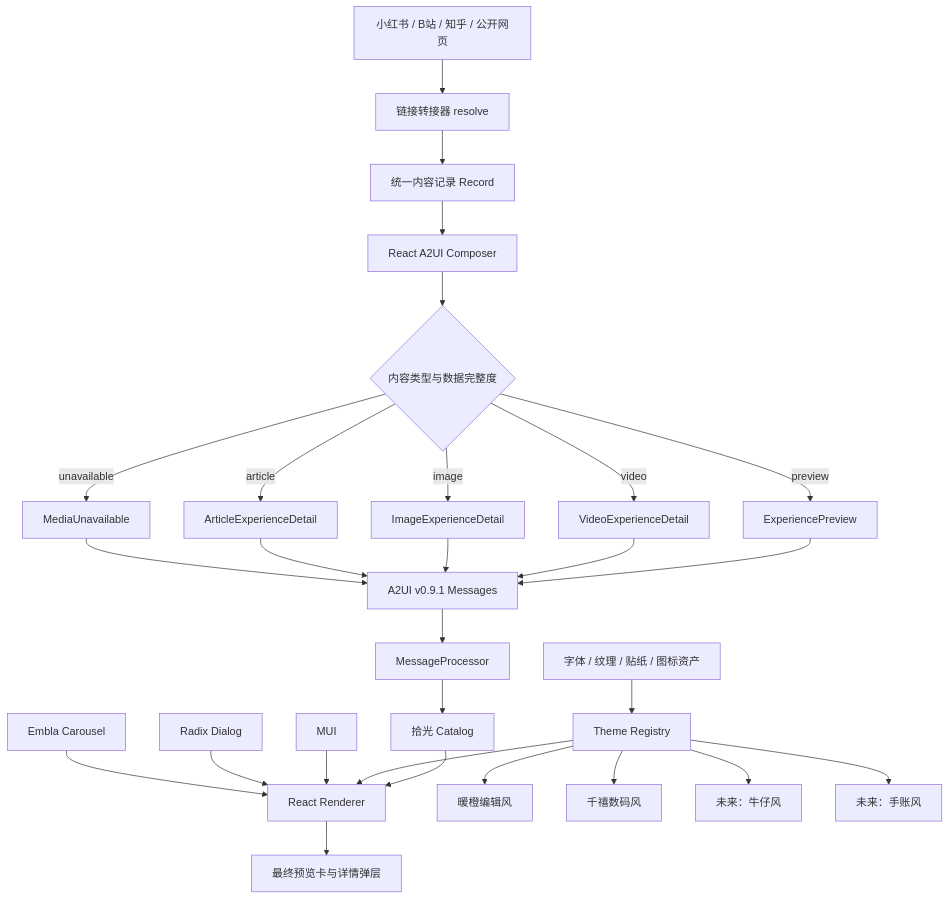
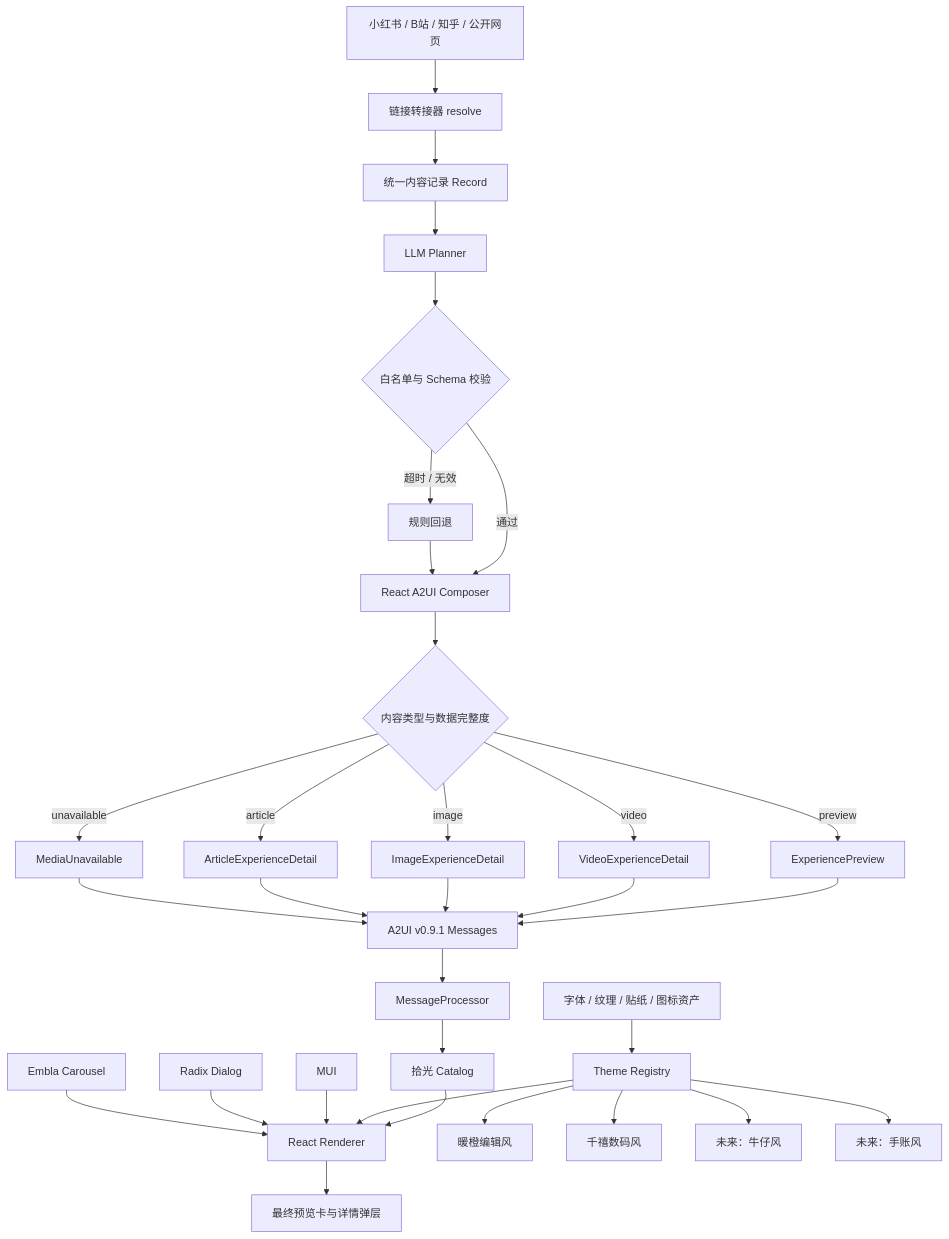
One commit to iamroxy-0604/shopping changed the first of 2 diagrams in link-bridge/A2UI-主题与组件架构图.md. Above: the diagram before and after it, drawn with Mermaid. The commit also changed 11 other files, not shown here.

Commit message:
feat: add guarded LLM planner for A2UI

````diff
--- a/link-bridge/A2UI-主题与组件架构图.md
+++ b/link-bridge/A2UI-主题与组件架构图.md
@@ -5,36 +5,40 @@
 ```mermaid
 flowchart TD
     A[小红书 / B站 / 知乎 / 公开网页] --> B[链接转接器 resolve]
     B --> C[统一内容记录 Record]
 
-    C --> D[React A2UI Composer]
+    C --> P1[LLM Planner]
+    P1 --> P2{白名单与 Schema 校验}
+    P2 -->|通过| D[React A2UI Composer]
+    P2 -->|超时 / 无效| P3[规则回退]
+    P3 --> D
     D --> E{内容类型与数据完整度}
     E -->|preview| F[ExperiencePreview]
     E -->|video| G[VideoExperienceDetail]
     E -->|image| H[ImageExperienceDetail]
     E -->|article| I[ArticleExperienceDetail]
     E -->|unavailable| J[MediaUnavailable]
 
     F --> K[A2UI v0.9.1 Messages]
     G --> K
     H --> K
     I --> K
     J --> K
 
     K --> L[MessageProcessor]
     L --> M[拾光 Catalog]
     M --> N[React Renderer]
 
     O[Theme Registry] --> N
     O --> O1[暖橙编辑风]
     O --> O2[千禧数码风]
     O --> O3[未来：牛仔风]
     O --> O4[未来：手账风]
 
     P[MUI] --> N
     Q[Radix Dialog] --> N
     R[Embla Carousel] --> N
     S[字体 / 纹理 / 贴纸 / 图标资产] --> O
 
     N --> T[最终预览卡与详情弹层]
 ```
````
